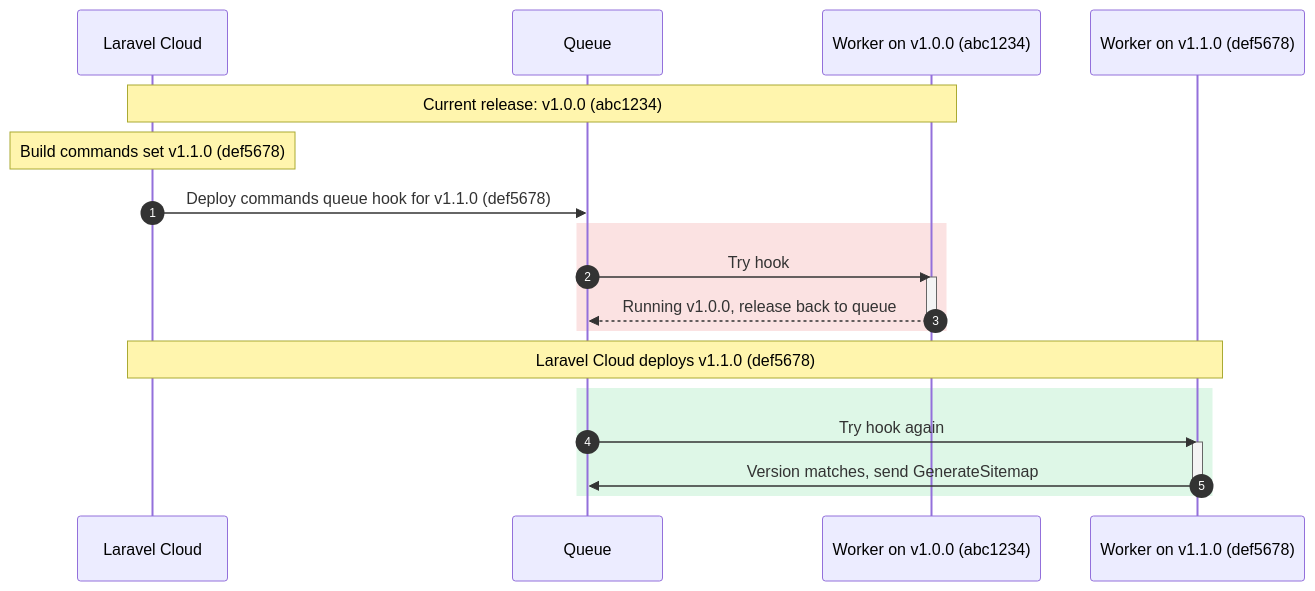
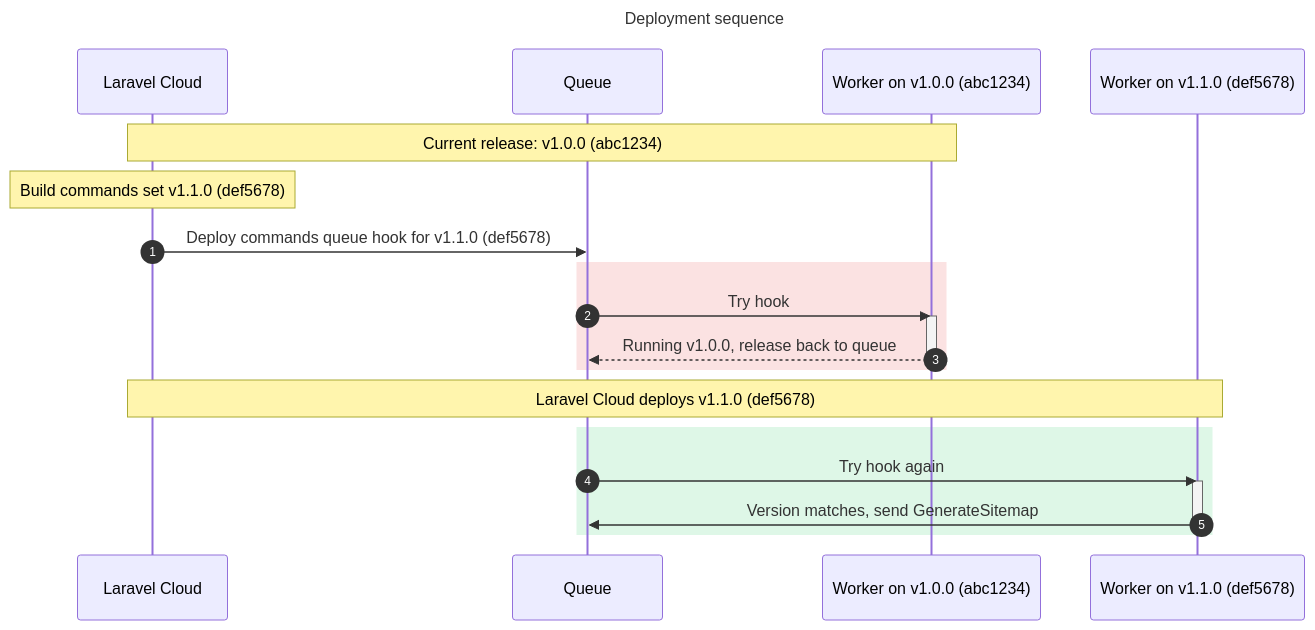
The first of 2 diagrams in README.md (mathiasgrimm/laravel-post-deploy-hooks), drawn with Mermaid before and after one commit. The commit also changed other lines of this file, not shown here.

Commit message:
Move deployment labels into Mermaid charts

````diff
--- a/README.md
+++ b/README.md
@@ -94,25 +92,28 @@
 ```mermaid
+---
+title: Deployment sequence
+---
 sequenceDiagram
     autonumber
     participant Cloud as Laravel Cloud
     participant Queue
     participant Old as Worker on v1.0.0 (abc1234)
     participant New as Worker on v1.1.0 (def5678)
 
     Note over Cloud,Old: Current release: v1.0.0 (abc1234)
     Note over Cloud: Build commands set v1.1.0 (def5678)
     Cloud->>Queue: Deploy commands queue hook for v1.1.0 (def5678)
     rect rgba(226, 62, 62, 0.15)
         Queue->>Old: Try hook
         activate Old
         Old-->>Queue: Running v1.0.0, release back to queue
         deactivate Old
     end
     Note over Cloud,New: Laravel Cloud deploys v1.1.0 (def5678)
     rect rgba(34, 197, 94, 0.15)
         Queue->>New: Try hook again
         activate New
         New->>Queue: Version matches, send GenerateSitemap
         deactivate New
     end
 ```
````
